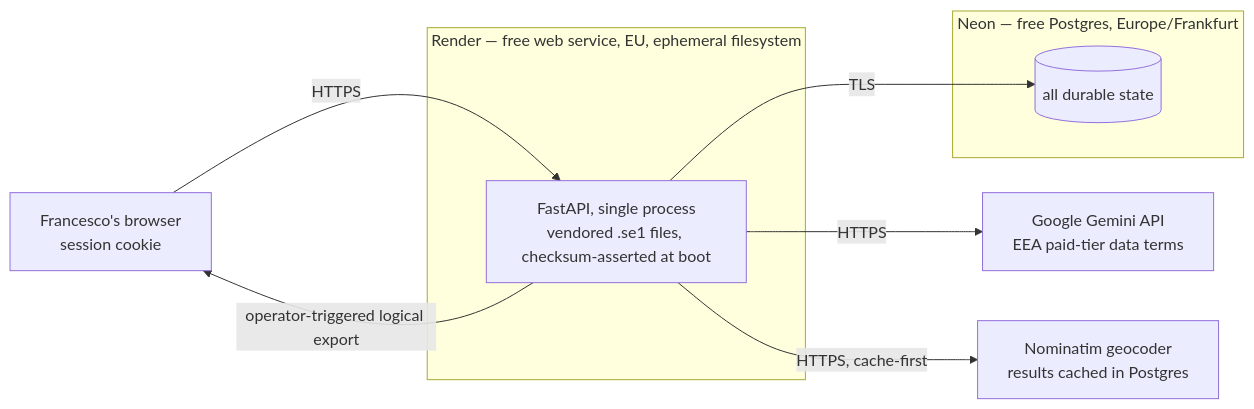
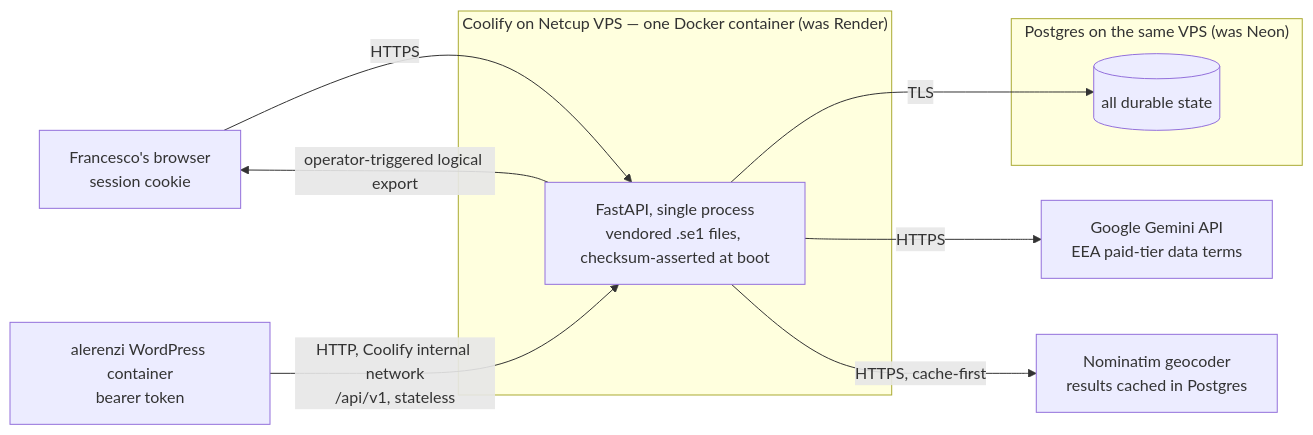
The second of 3 diagrams in _bmad-output/planning-artifacts/architecture/architecture-astro-report-2026-08-14/ARCHITECTURE-SPINE.md (kawashita86/astro-report), drawn with Mermaid before and after one commit. The commit also changed other lines of this file and 8 other files, not shown here.

First line of the commit message:
docs: approve the chart data API for the alerenzi plugin (correct-course 2026-10-09)

````diff
--- a/_bmad-output/planning-artifacts/architecture/architecture-astro-report-2026-08-14/ARCHITECTURE-SPINE.md
+++ b/_bmad-output/planning-artifacts/architecture/architecture-astro-report-2026-08-14/ARCHITECTURE-SPINE.md
@@ -488,17 +512,19 @@
 ```mermaid
 graph LR
     B["Francesco's browser<br/>session cookie"]
-    subgraph render["Render — free web service, EU, ephemeral filesystem"]
+    W["alerenzi WordPress container<br/>bearer token"]
+    subgraph render["Coolify on Netcup VPS — one Docker container (was Render)"]
         R["FastAPI, single process<br/>vendored .se1 files, checksum-asserted at boot"]
     end
-    subgraph neon["Neon — free Postgres, Europe/Frankfurt"]
+    subgraph neon["Postgres on the same VPS (was Neon)"]
         D[("all durable state")]
     end
     G["Google Gemini API<br/>EEA paid-tier data terms"]
     N["Nominatim geocoder<br/>results cached in Postgres"]
     B -->|HTTPS| R
     R -->|TLS| D
     R -->|HTTPS| G
     R -->|HTTPS, cache-first| N
     R -->|operator-triggered logical export| B
+    W -->|HTTP, Coolify internal network<br/>/api/v1, stateless| R
 ```
````
